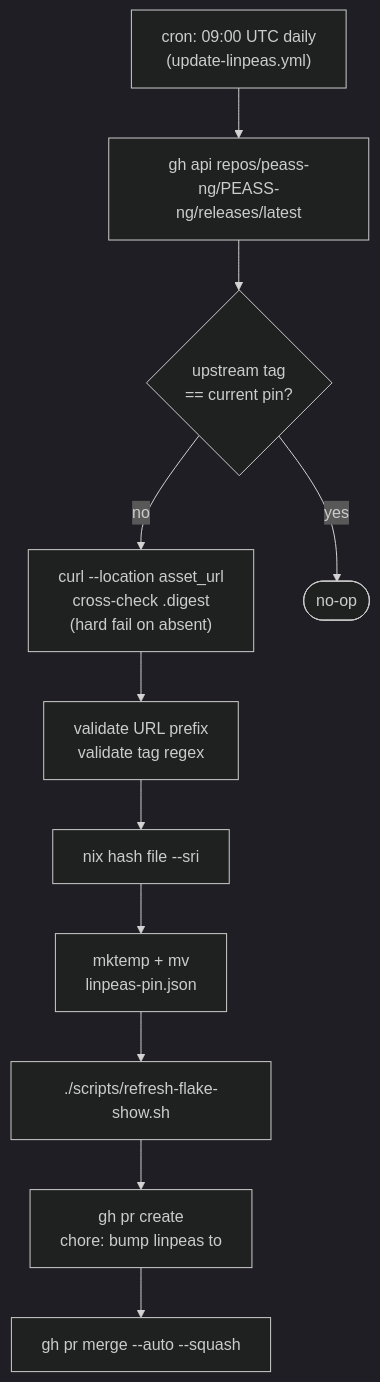
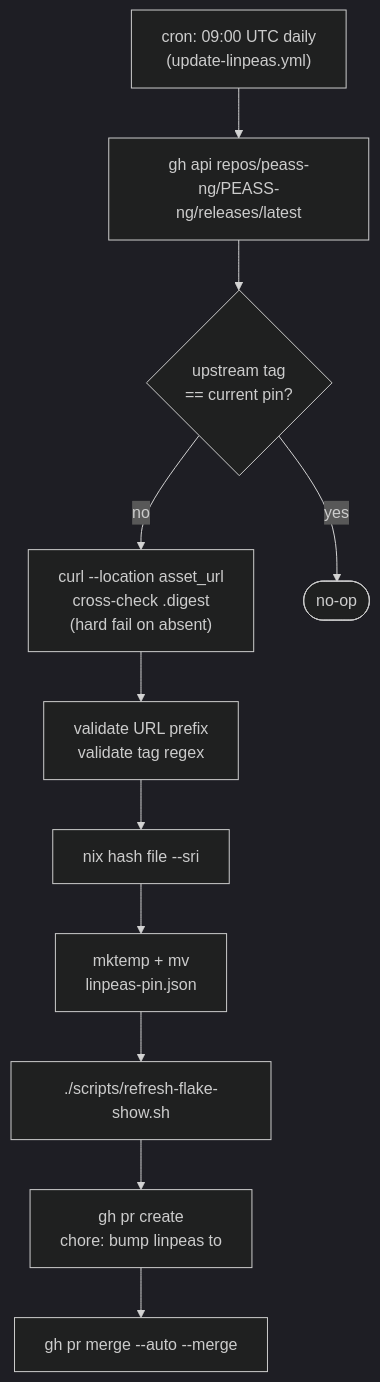
The first of 3 diagrams in docs/architecture/auto-update.md (rvenutolo/linPEAS-flake), drawn with Mermaid (dark theme) before and after one commit. The commit also changed other lines of this file and 5 other files, not shown here.

````diff
--- a/docs/architecture/auto-update.md
+++ b/docs/architecture/auto-update.md
@@ -7,18 +7,18 @@
 ```mermaid
 flowchart TD
   cron["cron: 09:00 UTC daily<br/>(update-linpeas.yml)"]
   api["gh api repos/peass-ng/PEASS-ng/releases/latest"]
   compare{"upstream tag<br/>== current pin?"}
   fetch["curl --location asset_url<br/>cross-check .digest<br/>(hard fail on absent)"]
   validate["validate URL prefix<br/>validate tag regex"]
   hash["nix hash file --sri"]
   write["mktemp + mv<br/>linpeas-pin.json"]
   show["./scripts/refresh-flake-show.sh"]
   pr["gh pr create<br/>chore: bump linpeas to <tag>"]
-  automerge["gh pr merge --auto --squash"]
+  automerge["gh pr merge --auto --merge"]
   done(["no-op"])
 
   cron --> api --> compare
   compare -- yes --> done
   compare -- no --> fetch --> validate --> hash --> write --> show --> pr --> automerge
 ```
````
